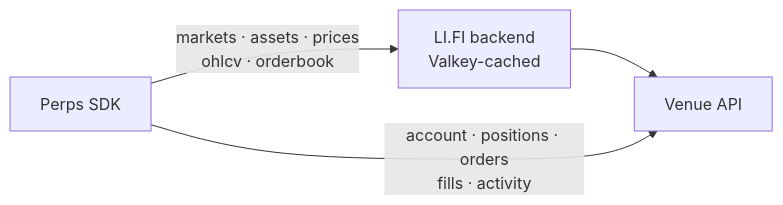
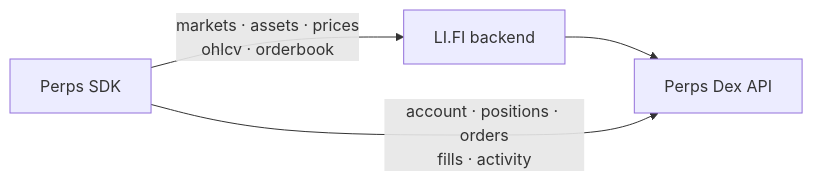
The third of 3 diagrams in README.md (lifinance/perps-sdk), drawn with Mermaid before and after one commit. The commit also changed other lines of this file, not shown here.

````diff
--- a/README.md
+++ b/README.md
@@ -104,9 +104,9 @@
 ```mermaid
 graph LR
     SDK[Perps SDK]
-    BE["LI.FI backend<br/>Valkey-cached"]
-    V[Venue API]
+    BE[LI.FI backend]
+    V[Perps Dex API]
     SDK -- "markets · assets · prices<br/>ohlcv · orderbook" --> BE
     BE --> V
     SDK -- "account · positions · orders<br/>fills · activity" --> V
 ```
````
